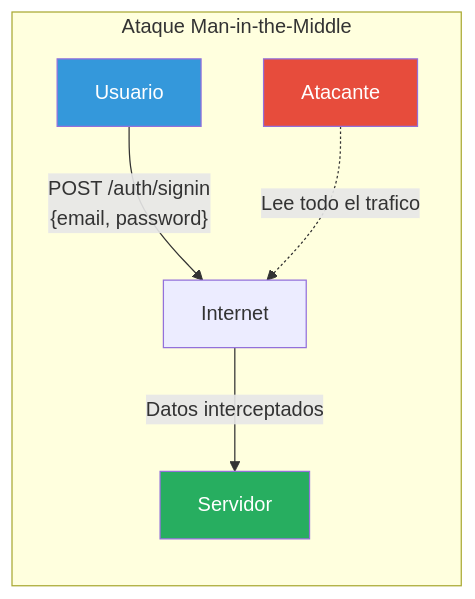
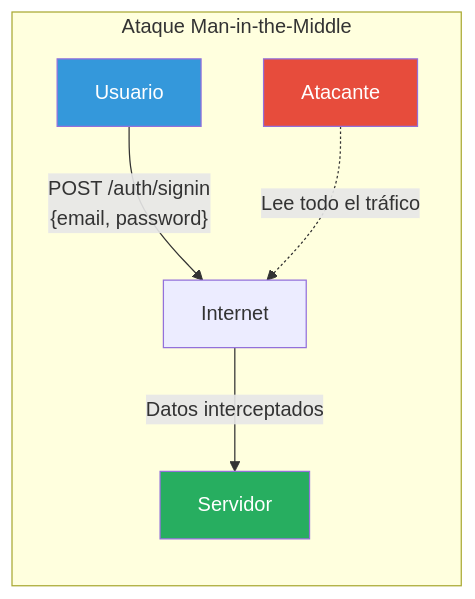
One commit to joseluisgs/TiendaDawApi-NetCore changed the sixth of 16 diagrams in doc/27-seguridad-http.md. Above: the diagram before and after it, drawn with Mermaid. The commit also changed other lines of this file, not shown here.

````diff
--- a/doc/27-seguridad-http.md
+++ b/doc/27-seguridad-http.md
@@ -246,12 +246,12 @@
 ```mermaid
 flowchart LR
     subgraph "Ataque Man-in-the-Middle"
         Cliente["Usuario"] -->|"POST /auth/signin<br/>{email, password}"| Internet["Internet"]
         Internet -->|"Datos interceptados"| Servidor["Servidor"]
-        Hacker["Atacante"] -.->|"Lee todo el trafico"| Internet
+        Hacker["Atacante"] -.->|"Lee todo el tráfico"| Internet
     end
     
     style Hacker fill:#e74c3c,color:#fff
     style Cliente fill:#3498db,color:#fff
     style Servidor fill:#27ae60,color:#fff
 ```
````
